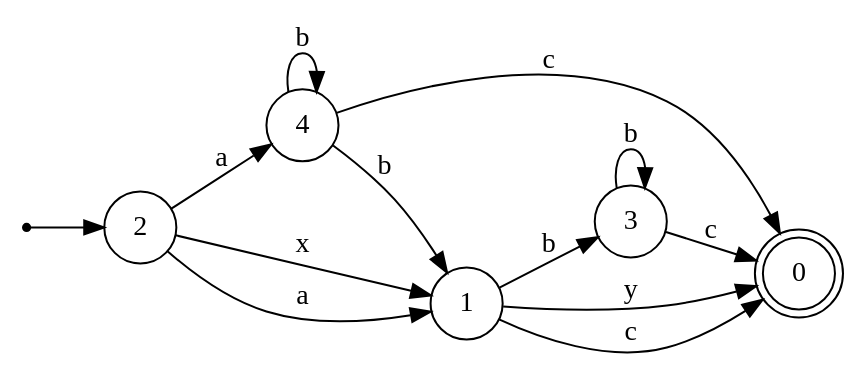
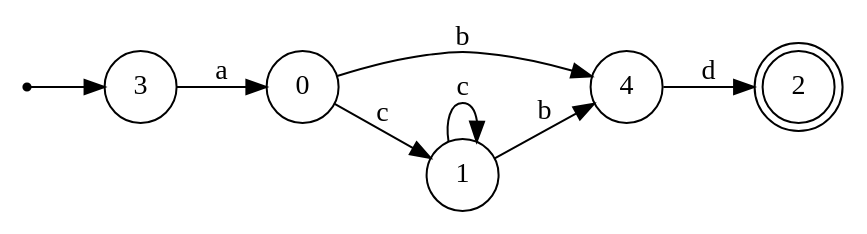
One commit to LeonardoDeFaveri/NFA-minimization changed the diagram in minimized/left.gv. Above: the diagram before and after it, drawn with Graphviz. The commit also changed 83 other files, not shown here.

```diff
--- a/minimized/left.gv
+++ b/minimized/left.gv
@@ -1,22 +1,17 @@
 digraph {
 	rankdir = LR;
 	size = "30,20";
 	node [shape = point]; "dummy0"
-	node [shape = circle]; "2"
-	"dummy0" -> "2";
+	node [shape = circle]; "3"
+	"dummy0" -> "3";
+	node [shape = circle]; "0";
 	node [shape = circle]; "4";
-	node [shape = circle]; "3";
-	node [shape = doublecircle]; "0";
 	node [shape = circle]; "1";
-	"3" -> "0" [label = "c"];
-	"3" -> "3" [label = "b"];
-	"4" -> "0" [label = "c"];
-	"4" -> "4" [label = "b"];
-	"4" -> "1" [label = "b"];
-	"2" -> "1" [label = "x"];
-	"2" -> "1" [label = "a"];
-	"2" -> "4" [label = "a"];
-	"1" -> "0" [label = "y"];
-	"1" -> "0" [label = "c"];
-	"1" -> "3" [label = "b"];
+	node [shape = doublecircle]; "2";
+	"4" -> "2" [label = "d"];
+	"1" -> "4" [label = "b"];
+	"1" -> "1" [label = "c"];
+	"3" -> "0" [label = "a"];
+	"0" -> "1" [label = "c"];
+	"0" -> "4" [label = "b"];
 }
```
